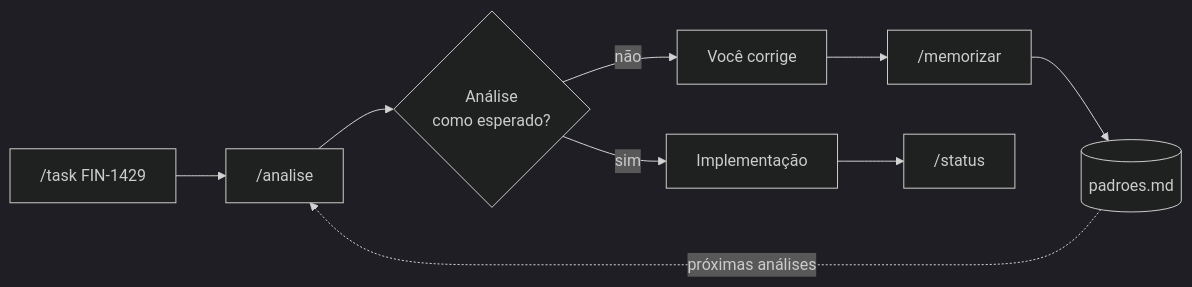
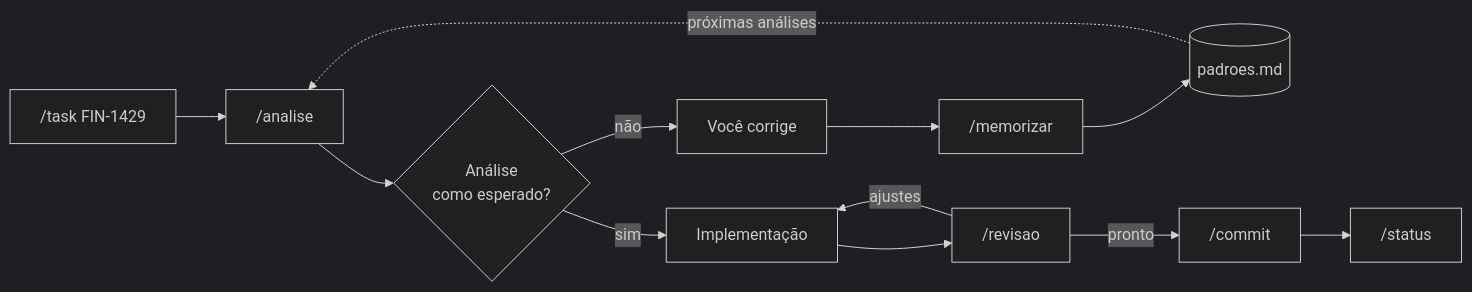
One commit to aandresantos/perro changed the diagram in readme.md. Above: the diagram before and after it, drawn with Mermaid (dark theme). The commit also changed other lines of this file and 6 other files, not shown here.

Commit message:
revisao e commit: novas skills; ajusta caminho da memória (v1.2.0)

````diff
--- a/readme.md
+++ b/readme.md
@@ -99,11 +101,14 @@
 ```mermaid
 flowchart LR
     A["/task FIN-1429"] --> B["/analise"]
     B --> C{Análise<br/>como esperado?}
     C -- não --> D["Você corrige"]
     D --> E["/memorizar"]
     E --> F[(padroes.md)]
     F -.próximas análises.-> B
     C -- sim --> G[Implementação]
-    G --> H["/status"]
+    G --> R["/revisao"]
+    R -- ajustes --> G
+    R -- pronto --> K["/commit"]
+    K --> H["/status"]
 ```
````
